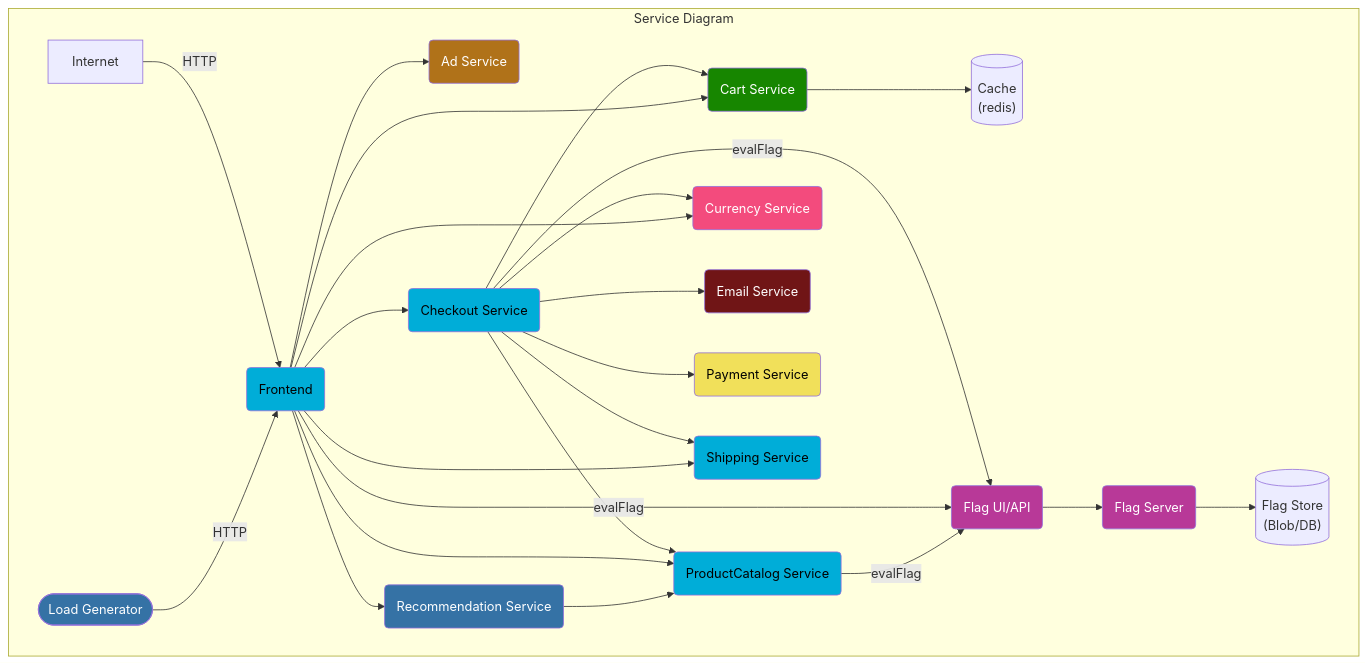
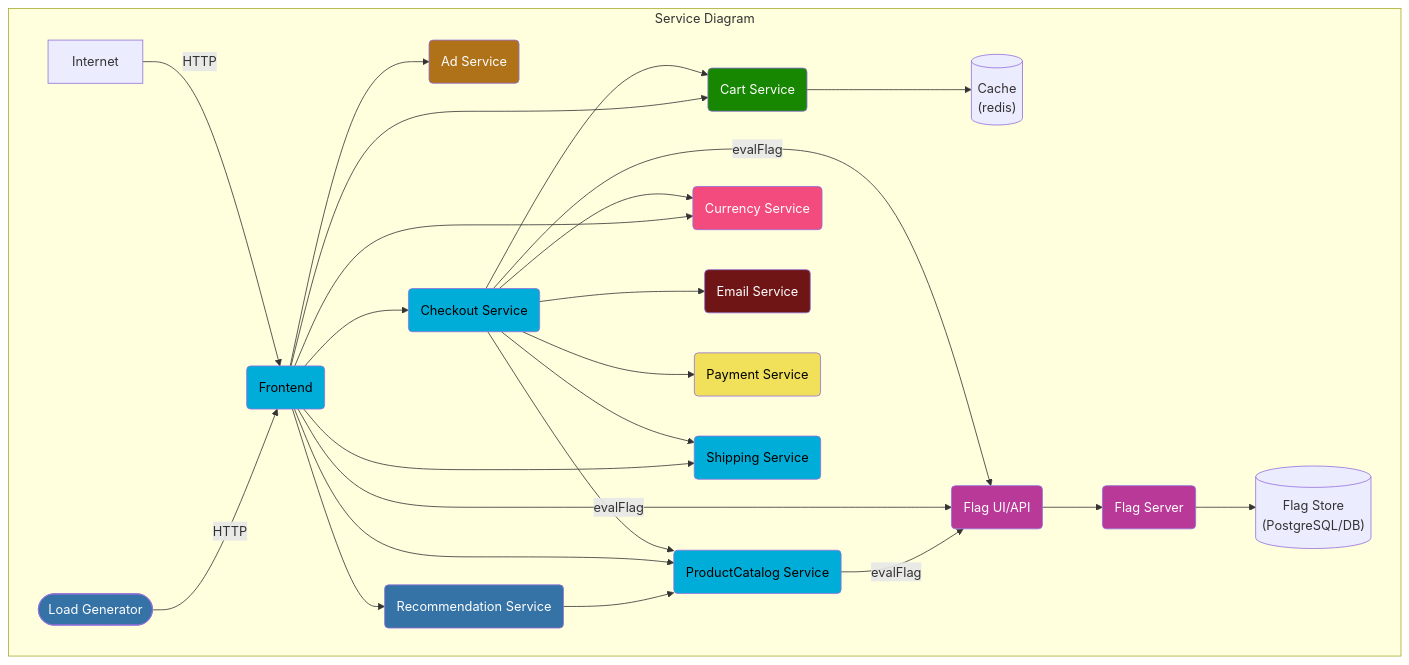
Before and after one commit to open-telemetry/opentelemetry-demo: the first of 2 diagrams in README.md, drawn with Mermaid.

Commit message:
Added postgres data

````diff
--- a/README.md
+++ b/README.md
@@ -123,57 +123,57 @@
 ```mermaid
 graph TD
 
 subgraph Service Diagram
 adservice(Ad Service):::java
 cache[(Cache<br/>&#40redis&#41)]
 cartservice(Cart Service):::dotnet
 checkoutservice(Checkout Service):::golang
 currencyservice(Currency Service):::cpp
 emailservice(Email Service):::ruby
 frontend(Frontend):::golang
 loadgenerator([Load Generator]):::python
 paymentservice(Payment Service):::nodejs
 productcatalogservice(ProductCatalog Service):::golang
 recommendationservice(Recommendation Service):::python
 shippingservice(Shipping Service):::golang
 
 Internet -->|HTTP| frontend
 loadgenerator -->|HTTP| frontend
 
 checkoutservice --> cartservice --> cache
 checkoutservice --> productcatalogservice
 checkoutservice --> currencyservice
 checkoutservice --> emailservice
 checkoutservice --> paymentservice
 checkoutservice --> shippingservice
 checkoutservice --> |evalFlag| featureflagfeservice
 
 frontend --> adservice
 frontend --> cartservice
 frontend --> productcatalogservice
 frontend --> checkoutservice
 frontend --> currencyservice
 frontend --> recommendationservice --> productcatalogservice
 frontend --> shippingservice
 frontend --> |evalFlag| featureflagfeservice
 
 productcatalogservice --> |evalFlag| featureflagfeservice
 
 featureflagbeservice(Flag Server):::erlang
 featureflagfeservice(Flag UI/API):::erlang
-featureflagstore[(Flag Store<br/>&#40Blob/DB&#41)]
+featureflagstore[(Flag Store<br/>&#40PostgreSQL/DB&#41)]
 
 featureflagfeservice --> featureflagbeservice --> featureflagstore
 
 end
 classDef java fill:#b07219,color:white;
 classDef dotnet fill:#178600,color:white;
 classDef golang fill:#00add8,color:black;
 classDef cpp fill:#f34b7d,color:white;
 classDef ruby fill:#701516,color:white;
 classDef python fill:#3572A5,color:white;
 classDef nodejs fill:#f1e05a,color:black;
 classDef rust fill:#dea584,color:black;
 classDef erlang fill:#b83998,color:white;
 classDef php fill:#4f5d95,color:white;
 ```
````
